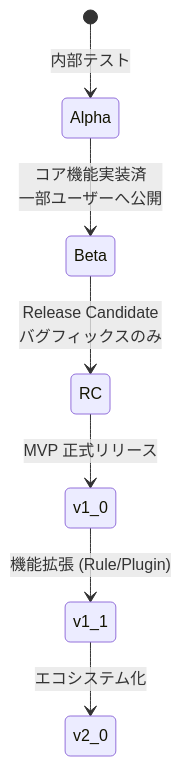
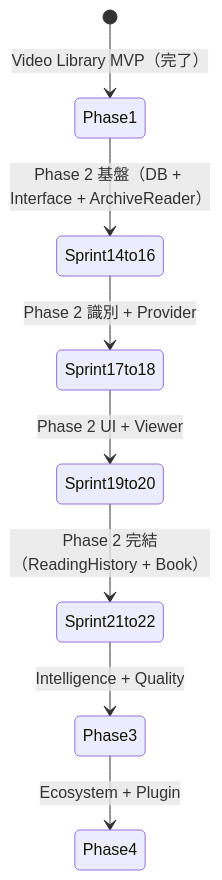
Before and after one commit to nuts-kinoco/WISE: the third of 3 diagrams in Document/Roadmap.md, drawn with Mermaid. The commit also changed other lines of this file and 6 other files, not shown here.

First line of the commit message:
Docs v2.0: Architecture update for Comic/Doujin Library Extension

````diff
--- a/Document/Roadmap.md
+++ b/Document/Roadmap.md
@@ -153,10 +557,10 @@
 ```mermaid
 stateDiagram-v2
-    [*] --> Alpha : 内部テスト
-    Alpha --> Beta : コア機能実装済<br>一部ユーザーへ公開
-    Beta --> RC : Release Candidate<br>バグフィックスのみ
-    RC --> v1_0 : MVP 正式リリース
-    
-    v1_0 --> v1_1 : 機能拡張 (Rule/Plugin)
-    v1_1 --> v2_0 : エコシステム化
+    [*] --> Phase1 : Video Library MVP（完了）
+    Phase1 --> Sprint14to16 : Phase 2 基盤（DB + Interface + ArchiveReader）
+    Sprint14to16 --> Sprint17to18 : Phase 2 識別 + Provider
+    Sprint17to18 --> Sprint19to20 : Phase 2 UI + Viewer
+    Sprint19to20 --> Sprint21to22 : Phase 2 完結（ReadingHistory + Book）
+    Sprint21to22 --> Phase3 : Intelligence + Quality
+    Phase3 --> Phase4 : Ecosystem + Plugin
 ```
````
